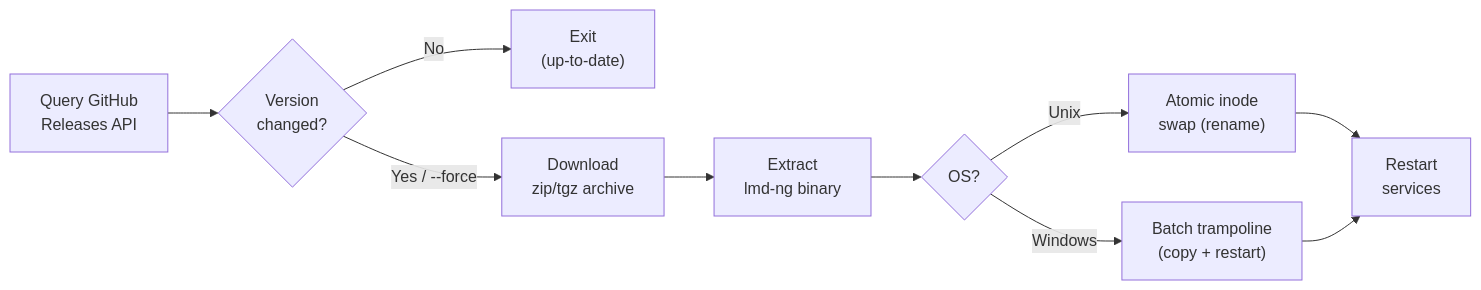
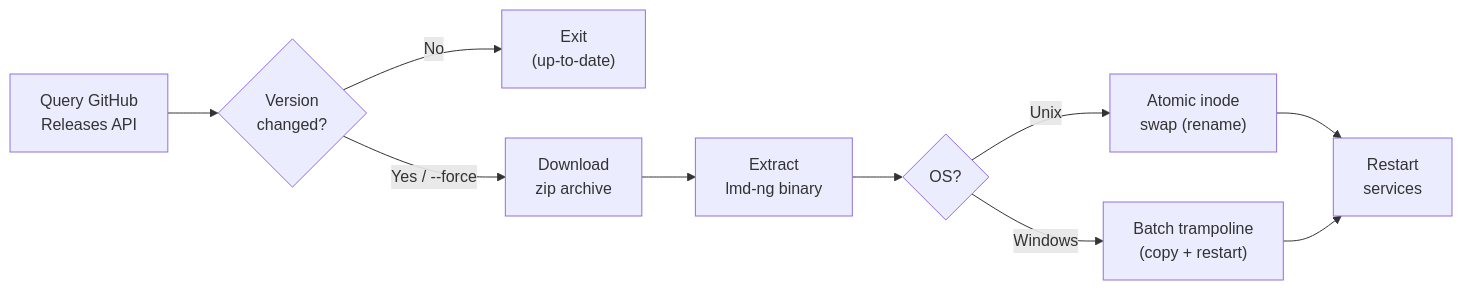
One commit to dimaskiddo/lmd-ng changed the fourth of 4 diagrams in docs/ARCHITECTURE.md. Above: the diagram before and after it, drawn with Mermaid. The commit also changed other lines of this file and 3 other files, not shown here.

First line of the commit message:
docs: sync README, ARCHITECTURE, WORKFLOWS, AGENTS with current code

````diff
--- a/docs/ARCHITECTURE.md
+++ b/docs/ARCHITECTURE.md
@@ -333,12 +346,12 @@
 ```mermaid
 flowchart LR
     A["Query GitHub<br>Releases API"] --> B{"Version<br>changed?"}
     B -- No --> C["Exit<br>(up-to-date)"]
-    B -->|"Yes / --force"| D["Download<br>zip/tgz archive"]
+    B -->|"Yes / --force"| D["Download<br>zip archive"]
     D --> E["Extract<br>lmd-ng binary"]
     E --> F{"OS?"}
     F -- Unix --> G["Atomic inode<br>swap (rename)"]
     F -- Windows --> H["Batch trampoline<br>(copy + restart)"]
     G --> I["Restart<br>services"]
     H --> I
 ```
````
